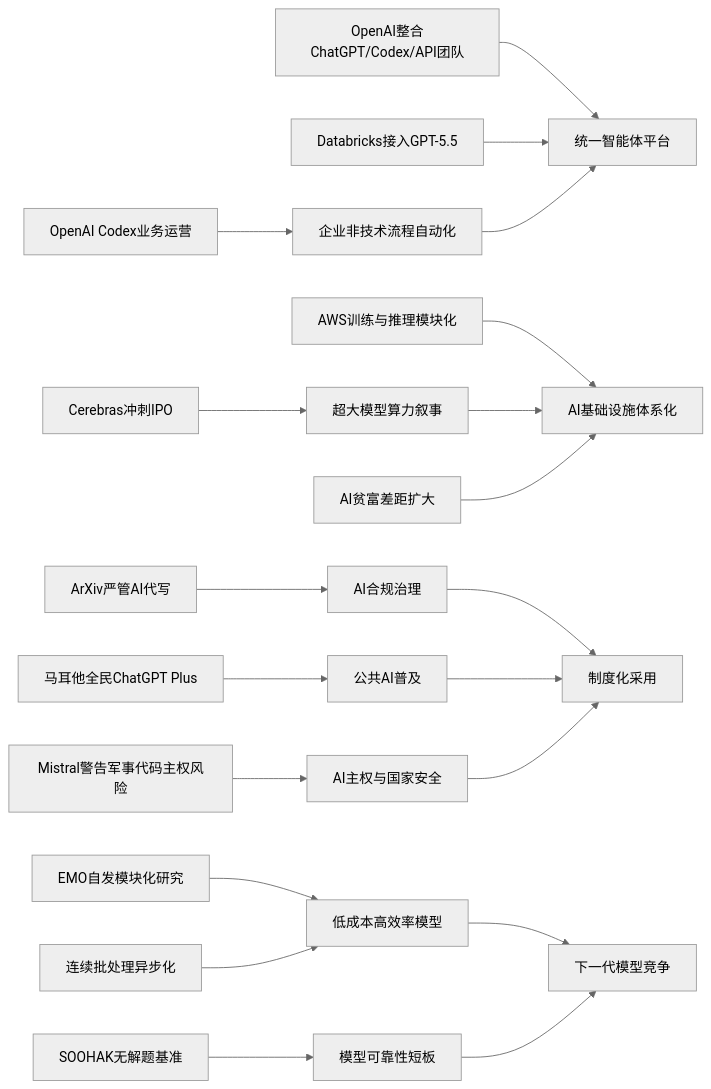
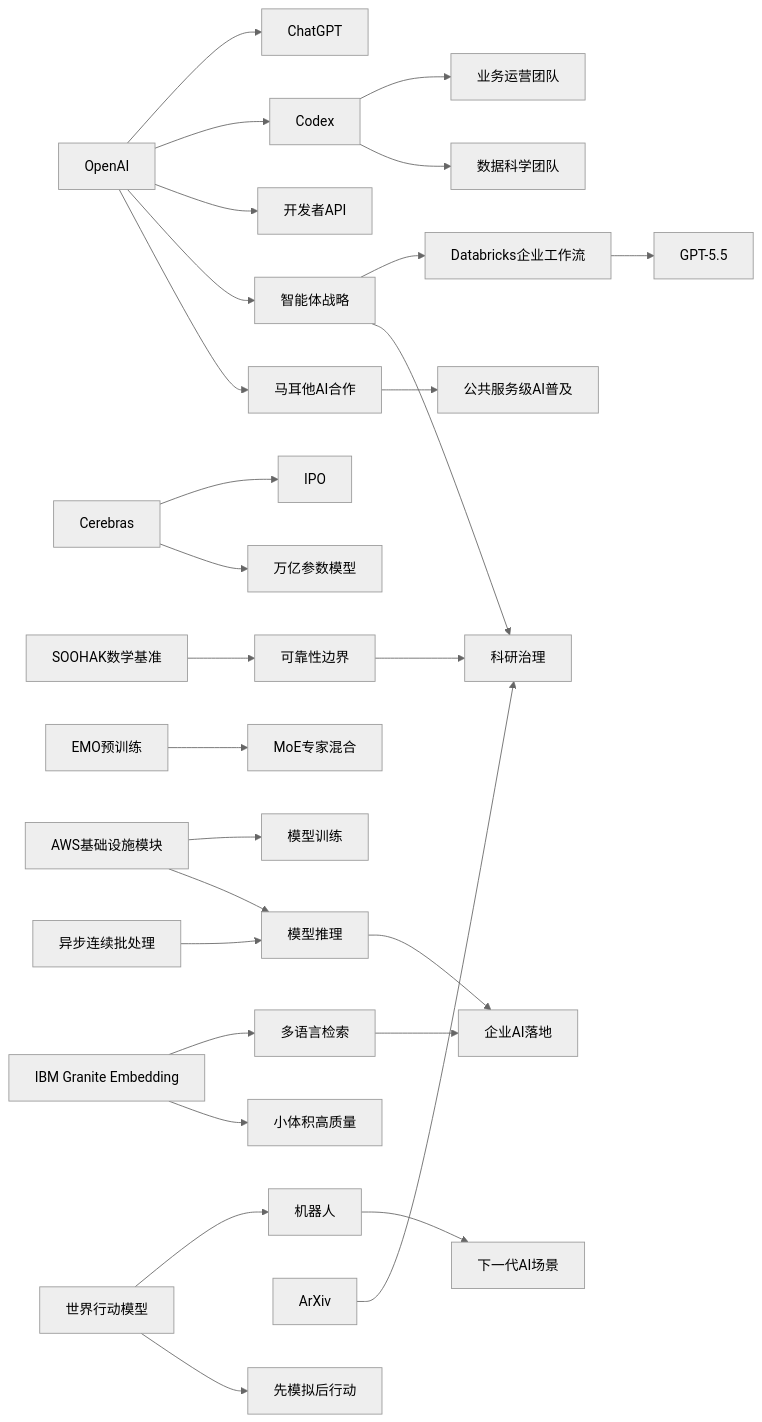
Before and after one commit to zhuxinfei/ai-daily-site: the diagram in content/cn/2026/2026-05/2026-05-17.md, drawn with Mermaid (neutral theme). The commit also changed other lines of this file, not shown here.

````diff
--- a/content/cn/2026/2026-05/2026-05-17.md
+++ b/content/cn/2026/2026-05/2026-05-17.md
@@ -110,25 +106,35 @@
 ```mermaid
 graph LR
-    A[OpenAI Codex业务运营] --> B[企业非技术流程自动化]
-    C[OpenAI整合ChatGPT/Codex/API团队] --> D[统一智能体平台]
-    E[Databricks接入GPT-5.5] --> D
-    B --> D
+    OpenAI[OpenAI] --> ChatGPT[ChatGPT]
+    OpenAI --> Codex[Codex]
+    OpenAI --> API[开发者API]
+    OpenAI --> Agent[智能体战略]
+    OpenAI --> Malta[马耳他AI合作]
 
-    F[Cerebras冲刺IPO] --> G[超大模型算力叙事]
-    H[AWS训练与推理模块化] --> I[AI基础设施体系化]
-    G --> I
-    J[AI贫富差距扩大] --> I
+    Codex --> BizOps[业务运营团队]
+    Codex --> DataSci[数据科学团队]
+    Agent --> Databricks[Databricks企业工作流]
+    Databricks --> GPT55[GPT-5.5]
 
-    K[ArXiv严管AI代写] --> L[AI合规治理]
-    M[马耳他全民ChatGPT Plus] --> N[公共AI普及]
-    O[Mistral警告军事代码主权风险] --> P[AI主权与国家安全]
-    L --> Q[制度化采用]
-    N --> Q
-    P --> Q
+    Cerebras[Cerebras] --> IPO[IPO]
+    Cerebras --> Trillion[万亿参数模型]
+    AWS[AWS基础设施模块] --> Training[模型训练]
+    AWS --> Inference[模型推理]
+    AsyncBatch[异步连续批处理] --> Inference
 
-    R[EMO自发模块化研究] --> S[低成本高效率模型]
-    T[连续批处理异步化] --> S
-    U[SOOHAK无解题基准] --> V[模型可靠性短板]
-    S --> W[下一代模型竞争]
-    V --> W
+    EMO[EMO预训练] --> MoE[MoE专家混合]
+    IBM[IBM Granite Embedding] --> Retrieval[多语言检索]
+    IBM --> SmallModel[小体积高质量]
+    WAM[世界行动模型] --> Robotics[机器人]
+    WAM --> Simulation[先模拟后行动]
+
+    ArXiv[ArXiv] --> Governance[科研治理]
+    SOOHAK[SOOHAK数学基准] --> Reliability[可靠性边界]
+    Malta --> PublicAI[公共服务级AI普及]
+
+    Agent --> Governance
+    Reliability --> Governance
+    Inference --> EnterpriseAI[企业AI落地]
+    Retrieval --> EnterpriseAI
+    Robotics --> FutureAI[下一代AI场景]
 ```
````
